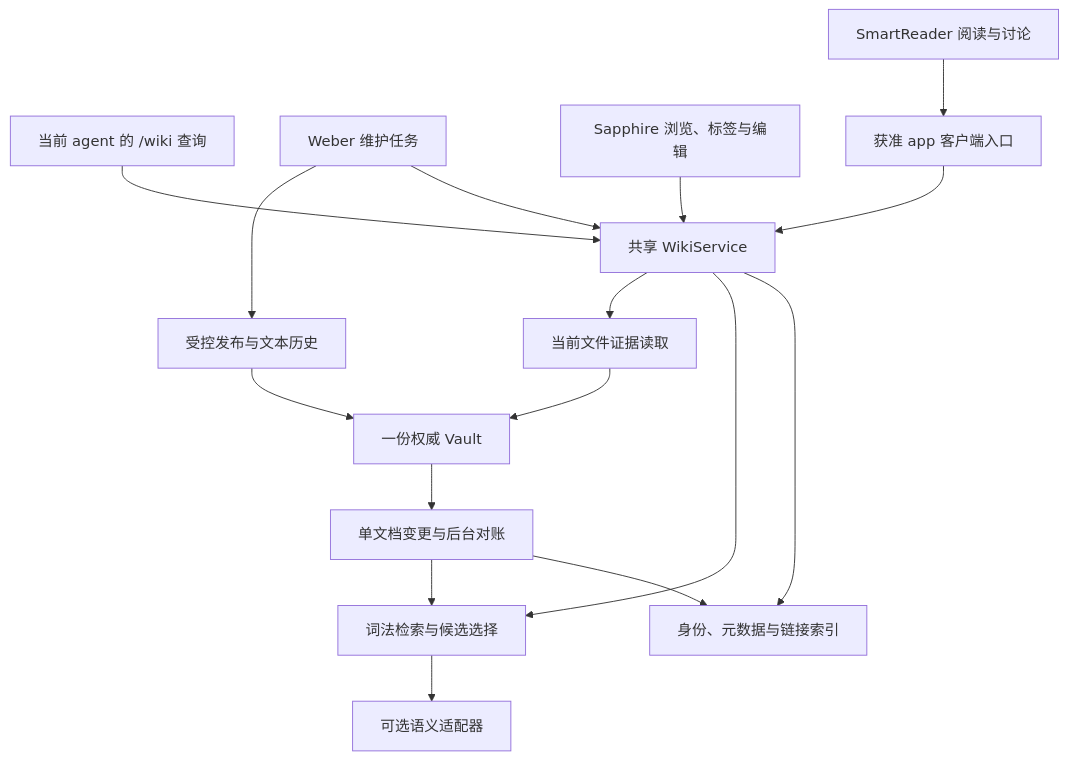
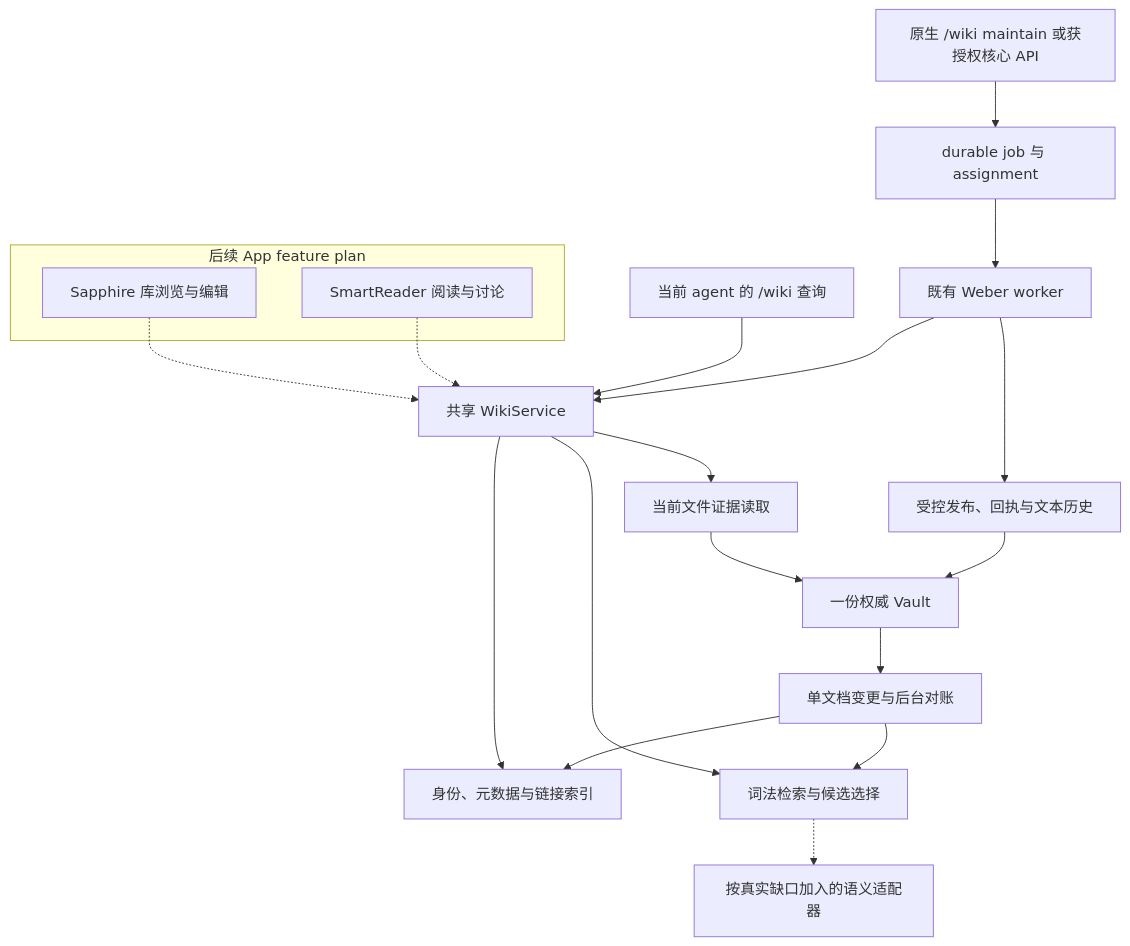
Before and after one commit to Danuvius152/Octopus: the diagram in docs/plans_new/local-shared-wiki-v2.md, drawn with Mermaid. The commit also changed other lines of this file and 12 other files, not shown here.

````diff
--- a/docs/plans_new/local-shared-wiki-v2.md
+++ b/docs/plans_new/local-shared-wiki-v2.md
@@ -91,18 +93,23 @@
 ```mermaid
 flowchart TD
     A["当前 agent 的 /wiki 查询"] --> W["共享 WikiService"]
-    B["Weber 维护任务"] --> W
-    C["Sapphire 浏览、标签与编辑"] --> W
-    D["SmartReader 阅读与讨论"] --> G["获准 app 客户端入口"]
-    G --> W
+    B["原生 /wiki maintain 或获授权核心 API"] --> J["durable job 与 assignment"]
+    J --> K["既有 Weber worker"]
+    K --> W
+    subgraph APPS["后续 App feature plan"]
+        C["Sapphire 库浏览与编辑"]
+        D["SmartReader 阅读与讨论"]
+    end
+    C -.-> W
+    D -.-> W
     W --> R["身份、元数据与链接索引"]
     W --> S["词法检索与候选选择"]
     W --> E["当前文件证据读取"]
-    S --> V["可选语义适配器"]
+    S -.-> V["按真实缺口加入的语义适配器"]
     F["一份权威 Vault"] --> U["单文档变更与后台对账"]
     U --> R
     U --> S
     E --> F
-    B --> P["受控发布与文本历史"]
+    K --> P["受控发布、回执与文本历史"]
     P --> F
 ```
````
